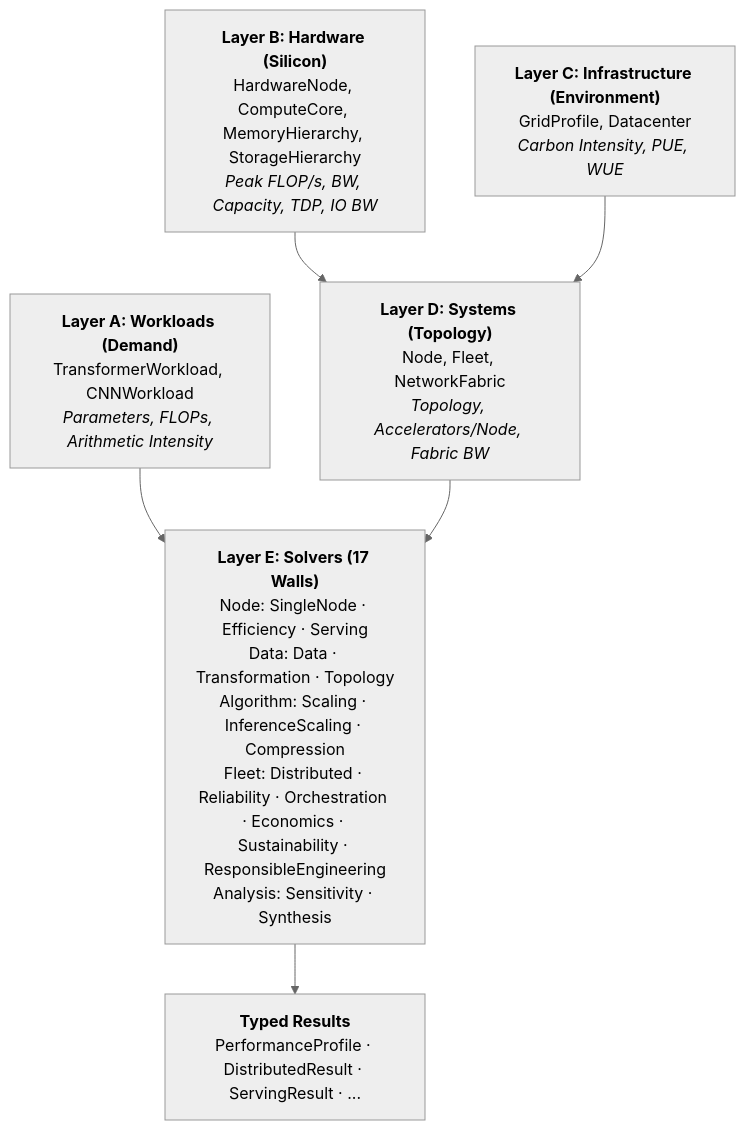
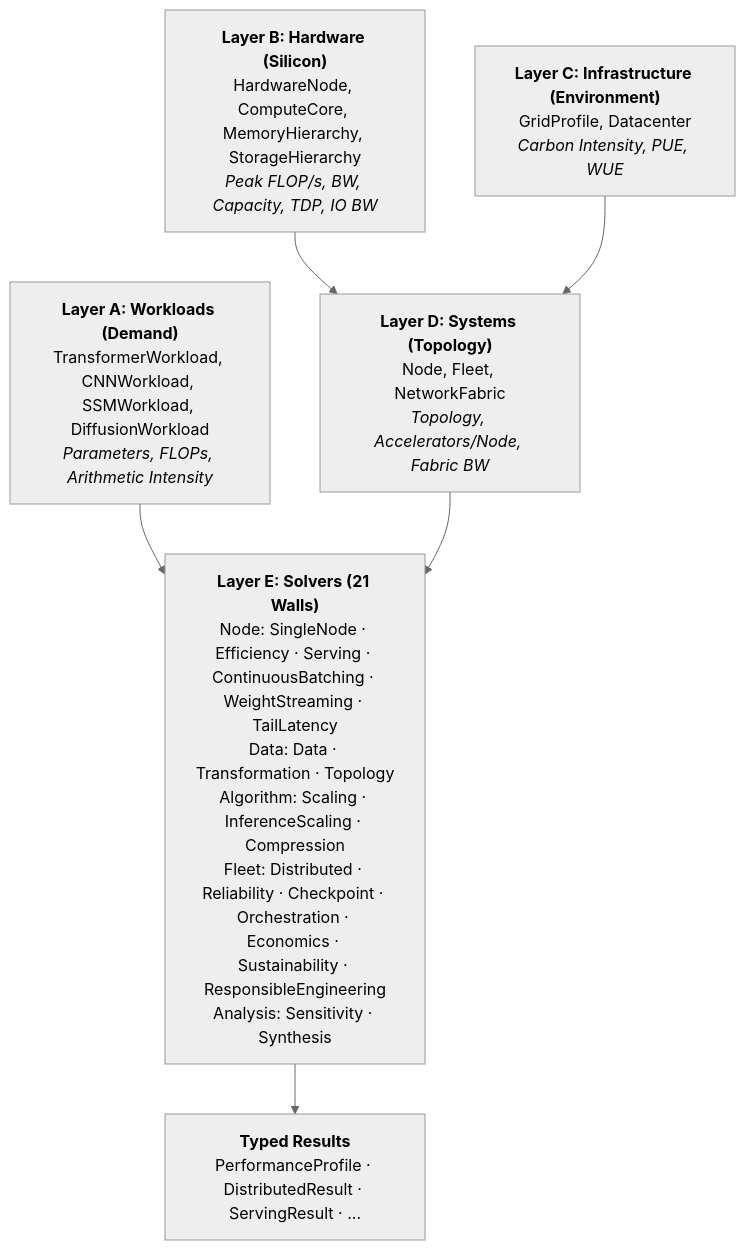
Before and after one commit to harvard-edge/cs249r_book: the diagram in mlsysim/docs/architecture.qmd, drawn with Mermaid. The commit also changed other lines of this file and 11 other files, not shown here.

First line of the commit message:
docs(mlsysim): update website for 21 solvers, Cerebras, and new workload types

````diff
--- a/mlsysim/docs/architecture.qmd
+++ b/mlsysim/docs/architecture.qmd
@@ -11,18 +11,18 @@
 ```{mermaid}
 %%{init: {'theme': 'neutral'}}%%
 %%| fig-cap: "The MLSYSIM 5-Layer Stack. Workloads (demand) are lowered onto Hardware (supply) through Infrastructure and Systems layers. Solvers bridge demand and supply to produce analytical profiles."
 %%| fig-width: 100%
 flowchart TB
-    A["<b>Layer A: Workloads (Demand)</b><br/>TransformerWorkload, CNNWorkload<br/><i>Parameters, FLOPs, Arithmetic Intensity</i>"]
+    A["<b>Layer A: Workloads (Demand)</b><br/>TransformerWorkload, CNNWorkload, SSMWorkload, DiffusionWorkload<br/><i>Parameters, FLOPs, Arithmetic Intensity</i>"]
     B["<b>Layer B: Hardware (Silicon)</b><br/>HardwareNode, ComputeCore, MemoryHierarchy, StorageHierarchy<br/><i>Peak FLOP/s, BW, Capacity, TDP, IO BW</i>"]
     C["<b>Layer C: Infrastructure (Environment)</b><br/>GridProfile, Datacenter<br/><i>Carbon Intensity, PUE, WUE</i>"]
     D["<b>Layer D: Systems (Topology)</b><br/>Node, Fleet, NetworkFabric<br/><i>Topology, Accelerators/Node, Fabric BW</i>"]
-    E["<b>Layer E: Solvers (17 Walls)</b><br/>Node: SingleNode · Efficiency · Serving<br/>Data: Data · Transformation · Topology<br/>Algorithm: Scaling · InferenceScaling · Compression<br/>Fleet: Distributed · Reliability · Orchestration · Economics · Sustainability · ResponsibleEngineering<br/>Analysis: Sensitivity · Synthesis"]
+    E["<b>Layer E: Solvers (21 Walls)</b><br/>Node: SingleNode · Efficiency · Serving · ContinuousBatching · WeightStreaming · TailLatency<br/>Data: Data · Transformation · Topology<br/>Algorithm: Scaling · InferenceScaling · Compression<br/>Fleet: Distributed · Reliability · Checkpoint · Orchestration · Economics · Sustainability · ResponsibleEngineering<br/>Analysis: Sensitivity · Synthesis"]
     F["<b>Typed Results</b><br/>PerformanceProfile · DistributedResult · ServingResult · ..."]
 
     A --> E
     B --> D
     C --> D
     D --> E
     E --> F
 ```
````
